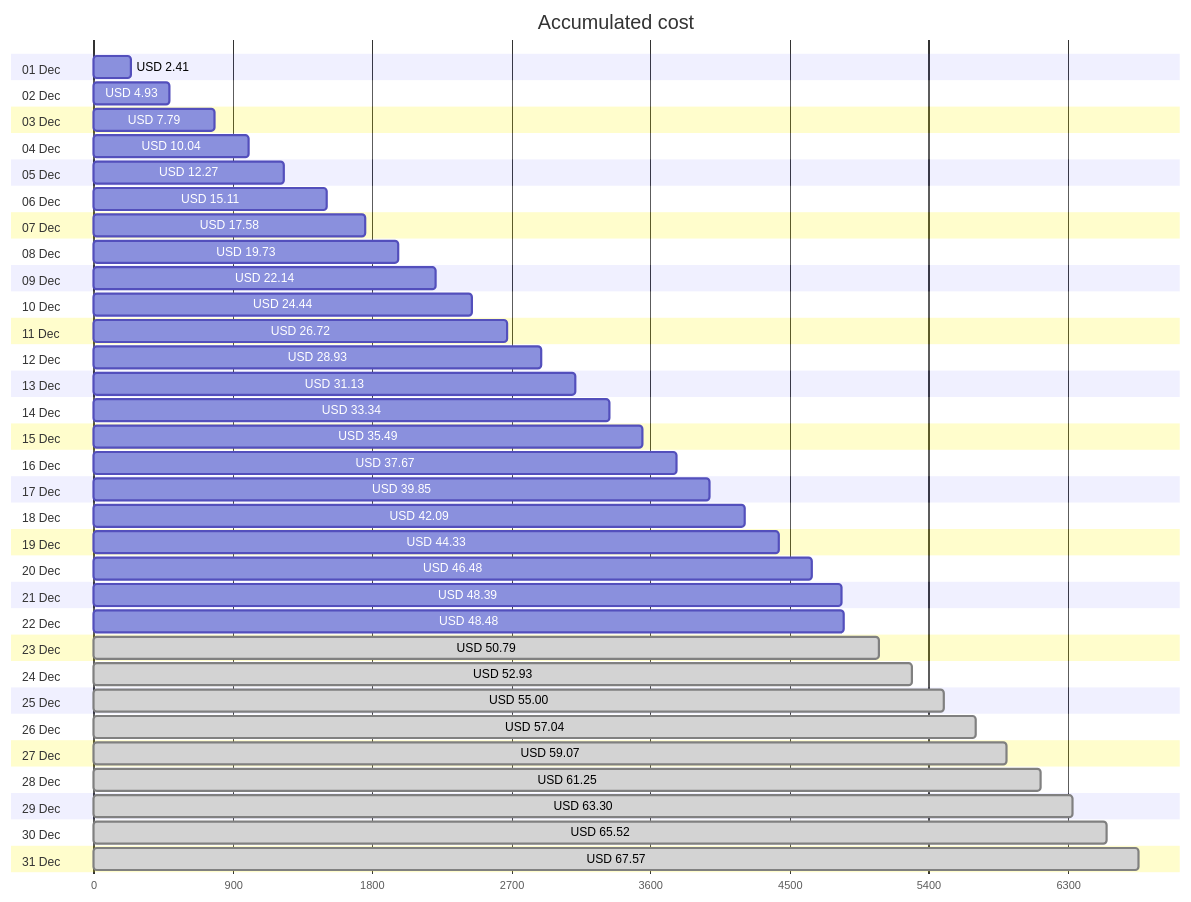
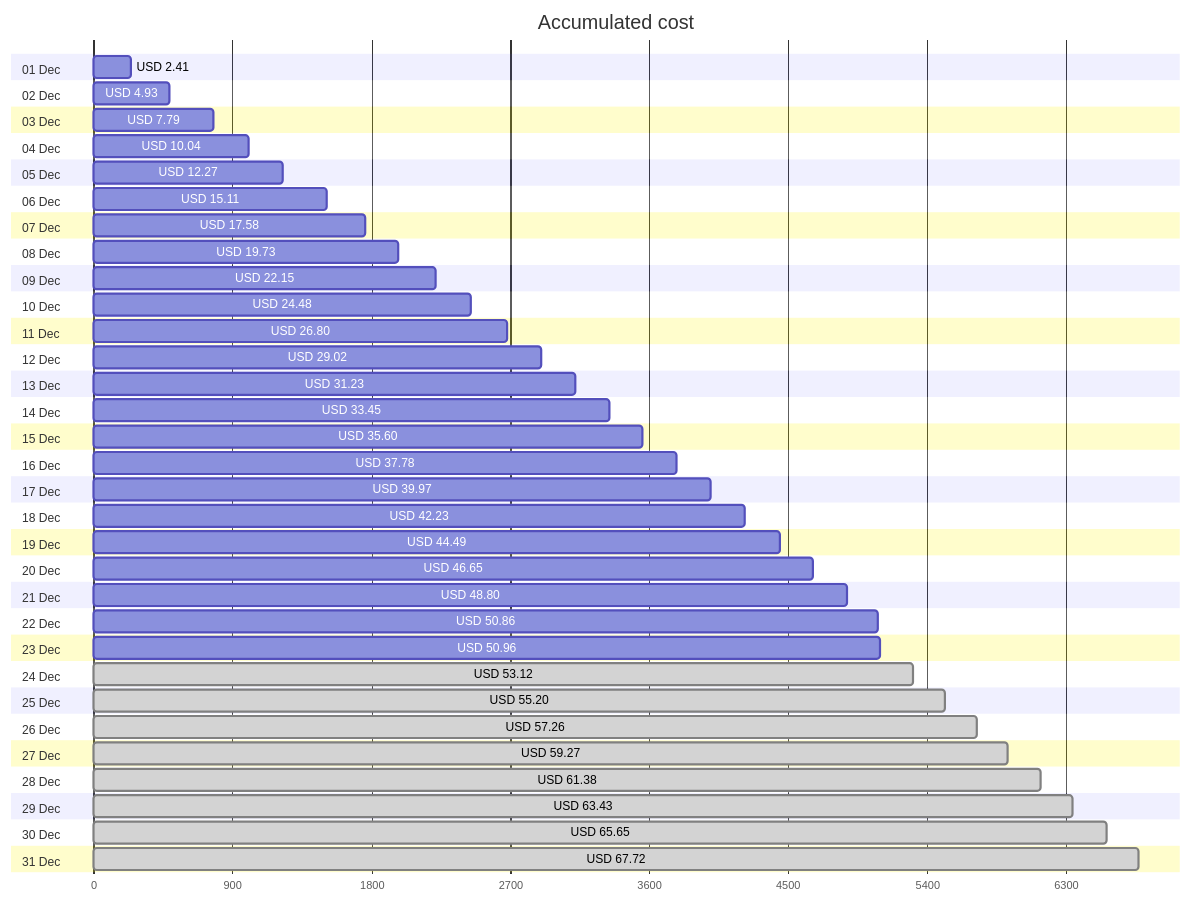
One commit to jpfulton/azure-personal-reports changed the first of 4 diagrams in cost-reports/accumulated-cost.md. Above: the diagram before and after it, drawn with Mermaid. The commit also changed other lines of this file and 4 other files, not shown here.

````diff
--- a/cost-reports/accumulated-cost.md
+++ b/cost-reports/accumulated-cost.md
@@ -20,68 +20,68 @@
 ```mermaid
 gantt
    title Accumulated cost
    dateFormat  X
    axisFormat %s
    section 01 Dec
    USD 2.41 :0, 241
    section 02 Dec
    USD 4.93 :0, 493
    section 03 Dec
    USD 7.79 :0, 779
    section 04 Dec
    USD 10.04 :0, 1004
    section 05 Dec
    USD 12.27 :0, 1227
    section 06 Dec
    USD 15.11 :0, 1511
    section 07 Dec
    USD 17.58 :0, 1758
    section 08 Dec
    USD 19.73 :0, 1973
    section 09 Dec
-   USD 22.14 :0, 2214
+   USD 22.15 :0, 2215
    section 10 Dec
-   USD 24.44 :0, 2444
+   USD 24.48 :0, 2448
    section 11 Dec
-   USD 26.72 :0, 2672
+   USD 26.80 :0, 2680
    section 12 Dec
-   USD 28.93 :0, 2893
+   USD 29.02 :0, 2902
    section 13 Dec
-   USD 31.13 :0, 3113
+   USD 31.23 :0, 3123
    section 14 Dec
-   USD 33.34 :0, 3334
+   USD 33.45 :0, 3345
    section 15 Dec
-   USD 35.49 :0, 3549
+   USD 35.60 :0, 3560
    section 16 Dec
-   USD 37.67 :0, 3767
+   USD 37.78 :0, 3778
    section 17 Dec
-   USD 39.85 :0, 3985
+   USD 39.97 :0, 3997
    section 18 Dec
-   USD 42.09 :0, 4209
+   USD 42.23 :0, 4223
    section 19 Dec
-   USD 44.33 :0, 4433
+   USD 44.49 :0, 4449
    section 20 Dec
-   USD 46.48 :0, 4648
+   USD 46.65 :0, 4665
    section 21 Dec
-   USD 48.39 :0, 4839
+   USD 48.80 :0, 4880
    section 22 Dec
-   USD 48.48 :0, 4848
+   USD 50.86 :0, 5086
    section 23 Dec
-   USD 50.79 : done, 0, 5079
+   USD 50.96 :0, 5096
    section 24 Dec
-   USD 52.93 : done, 0, 5293
+   USD 53.12 : done, 0, 5312
    section 25 Dec
-   USD 55.00 : done, 0, 5500
+   USD 55.20 : done, 0, 5520
    section 26 Dec
-   USD 57.04 : done, 0, 5704
+   USD 57.26 : done, 0, 5726
    section 27 Dec
-   USD 59.07 : done, 0, 5907
+   USD 59.27 : done, 0, 5927
    section 28 Dec
-   USD 61.25 : done, 0, 6125
+   USD 61.38 : done, 0, 6138
    section 29 Dec
-   USD 63.30 : done, 0, 6330
+   USD 63.43 : done, 0, 6343
    section 30 Dec
-   USD 65.52 : done, 0, 6552
+   USD 65.65 : done, 0, 6565
    section 31 Dec
-   USD 67.57 : done, 0, 6757
+   USD 67.72 : done, 0, 6772
 ```
````
